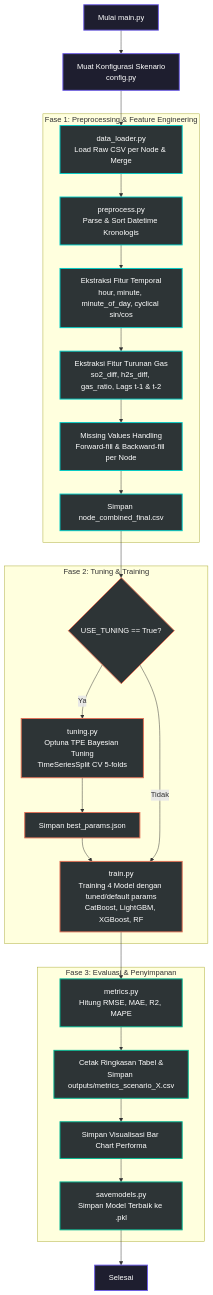
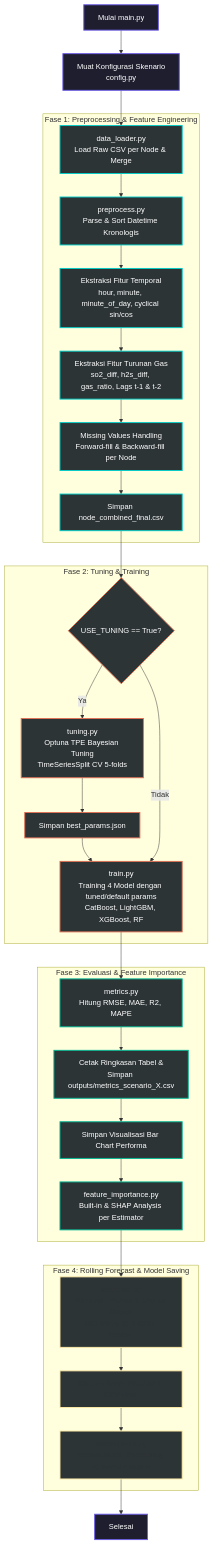
Before and after one commit to adithyarhm/proyek-akhir-d3tk-v2: the first of 2 diagrams in README.md, drawn with Mermaid. The commit also changed other lines of this file, not shown here.

````diff
--- a/README.md
+++ b/README.md
@@ -59,59 +76,70 @@
 ```mermaid
 graph TD
     %% Define Styles
     classDef init fill:#1e1e2f,stroke:#6c5ce7,stroke-width:2px,color:#fff;
     classDef phase1 fill:#2d3436,stroke:#00cec9,stroke-width:2px,color:#fff;
     classDef phase2 fill:#2d3436,stroke:#e17055,stroke-width:2px,color:#fff;
     classDef phase3 fill:#2d3436,stroke:#00b894,stroke-width:2px,color:#fff;
+    classDef phase4 fill:#2d3436,stroke:#ffeaa7,stroke-width:2px,color:#2d3436;
 
     %% Nodes
     A[Mulai main.py]:::init
     B[Muat Konfigurasi Skenario<br>config.py]:::init
-    
+
     %% Phase 1
     subgraph Fase 1: Preprocessing & Feature Engineering
         C[data_loader.py<br>Load Raw CSV per Node & Merge]:::phase1
         D[preprocess.py<br>Parse & Sort Datetime Kronologis]:::phase1
         E[Ekstraksi Fitur Temporal<br>hour, minute, minute_of_day, cyclical sin/cos]:::phase1
         F[Ekstraksi Fitur Turunan Gas<br>so2_diff, h2s_diff, gas_ratio, Lags t-1 & t-2]:::phase1
         G[Missing Values Handling<br>Forward-fill & Backward-fill per Node]:::phase1
         H[Simpan node_combined_final.csv]:::phase1
     end
-    
+
     %% Phase 2
     subgraph Fase 2: Tuning & Training
         I{USE_TUNING == True?}:::phase2
         J[tuning.py<br>Optuna TPE Bayesian Tuning<br>TimeSeriesSplit CV 5-folds]:::phase2
         K[Simpan best_params.json]:::phase2
         L[train.py<br>Training 4 Model dengan tuned/default params<br>CatBoost, LightGBM, XGBoost, RF]:::phase2
     end
-    
+
     %% Phase 3
-    subgraph Fase 3: Evaluasi & Penyimpanan
+    subgraph Fase 3: Evaluasi & Feature Importance
         M[metrics.py<br>Hitung RMSE, MAE, R2, MAPE]:::phase3
         N[Cetak Ringkasan Tabel &<br>Simpan outputs/metrics_scenario_X.csv]:::phase3
         O[Simpan Visualisasi Bar Chart Performa]:::phase3
-        P[savemodels.py<br>Simpan Model Terbaik ke .pkl]:::phase3
+        P[feature_importance.py<br>Built-in & SHAP Analysis per Estimator]:::phase3
     end
-    
-    Q[Selesai]:::init
+
+    %% Phase 4
+    subgraph Fase 4: Rolling Forecast & Model Saving
+        Q[inference.py<br>Simulasi Prediksi 1 Jam ke Depan<br>900 Steps @ 4-Detik Interval]:::phase4
+        R[Simpan Grafik Prediksi & CSV Hasil]:::phase4
+        S[savemodels.py<br>Simpan Model Pemenang ke saved-models/]:::phase4
+    end
+
+    T[Selesai]:::init
 
     %% Relations
     A --> B
     B --> C
     C --> D
     D --> E
     E --> F
     F --> G
     G --> H
     H --> I
     I -- Ya --> J
     J --> K
     K --> L
     I -- Tidak --> L
     L --> M
     M --> N
     N --> O
     O --> P
     P --> Q
+    Q --> R
+    R --> S
+    S --> T
 ```
````
